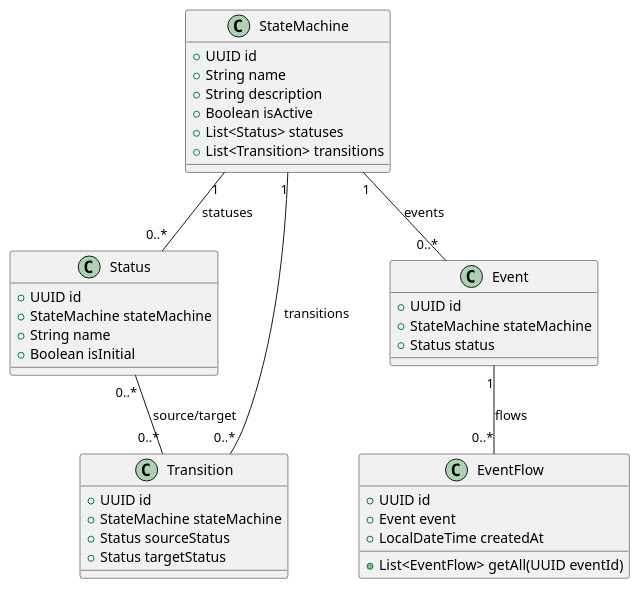
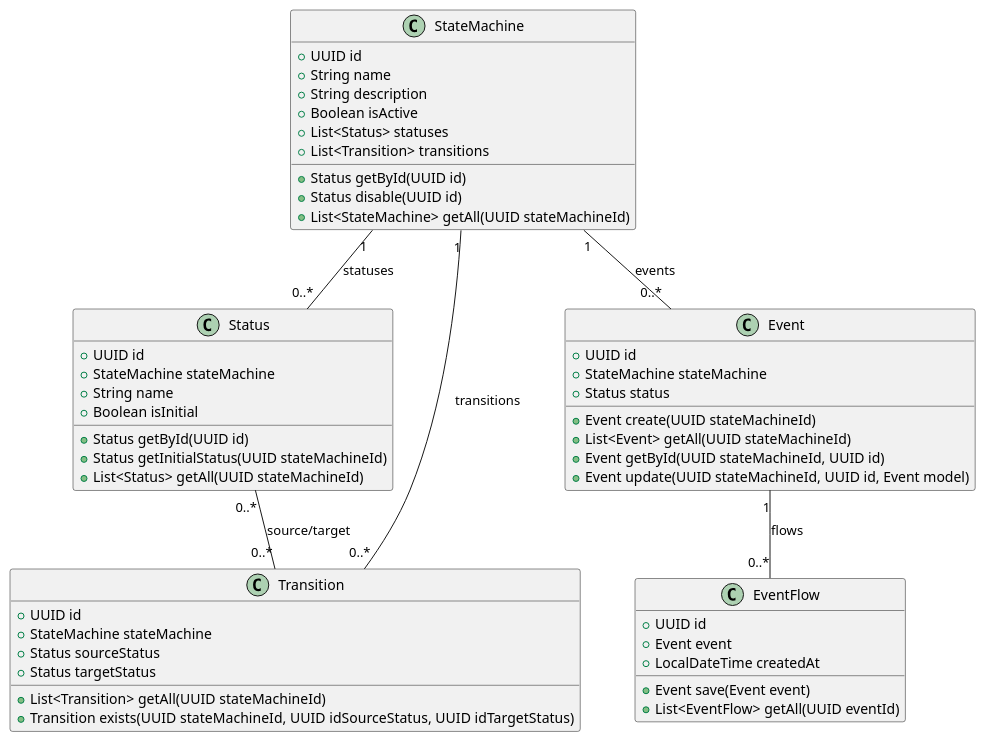
One commit to rafael-rodrigues-dsv/statemachineapi changed the diagram in src/main/resources/docs/class-diagram.plantuml. Above: the diagram before and after it, drawn with PlantUML. The commit also changed 17 other files, not shown here.

```diff
--- a/src/main/resources/docs/class-diagram.plantuml
+++ b/src/main/resources/docs/class-diagram.plantuml
@@ -1,49 +1,62 @@
 @startuml
   ' State Machine
   class StateMachine {
     +UUID id
     +String name
     +String description
     +Boolean isActive
     +List<Status> statuses
     +List<Transition> transitions
+    +Status getById(UUID id)
+    +Status disable(UUID id)
+    +List<StateMachine> getAll(UUID stateMachineId)
   }
 
   ' Status
   class Status {
     +UUID id
     +StateMachine stateMachine
     +String name
     +Boolean isInitial
+    +Status getById(UUID id)
+    +Status getInitialStatus(UUID stateMachineId)
+    +List<Status> getAll(UUID stateMachineId)
   }
 
   ' Transition
   class Transition {
     +UUID id
     +StateMachine stateMachine
     +Status sourceStatus
     +Status targetStatus
+    +List<Transition> getAll(UUID stateMachineId)
+    +Transition exists(UUID stateMachineId, UUID idSourceStatus, UUID idTargetStatus)
   }
 
   ' Event
   class Event {
     +UUID id
     +StateMachine stateMachine
     +Status status
+    +Event create(UUID stateMachineId)
+    +List<Event> getAll(UUID stateMachineId)
+    +Event getById(UUID stateMachineId, UUID id)
+    +Event update(UUID stateMachineId, UUID id, Event model)
   }
 
   ' StateFlow
   class EventFlow {
     +UUID id
     +Event event
     +LocalDateTime createdAt
+    +Event save(Event event)
     +List<EventFlow> getAll(UUID eventId)
   }
 
 ' Relações
 StateMachine "1" -- "0..*" Status : statuses
 StateMachine "1" -- "0..*" Transition : transitions
 Status "0..*" -- "0..*" Transition : source/target
 StateMachine "1" -- "0..*" Event : events
 Event "1" -- "0..*" EventFlow : flows
 @enduml
```
